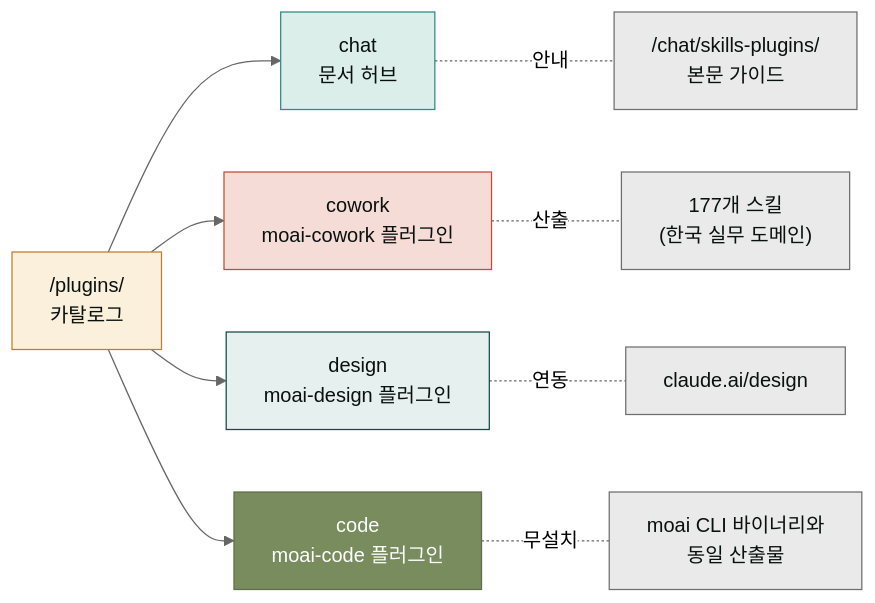
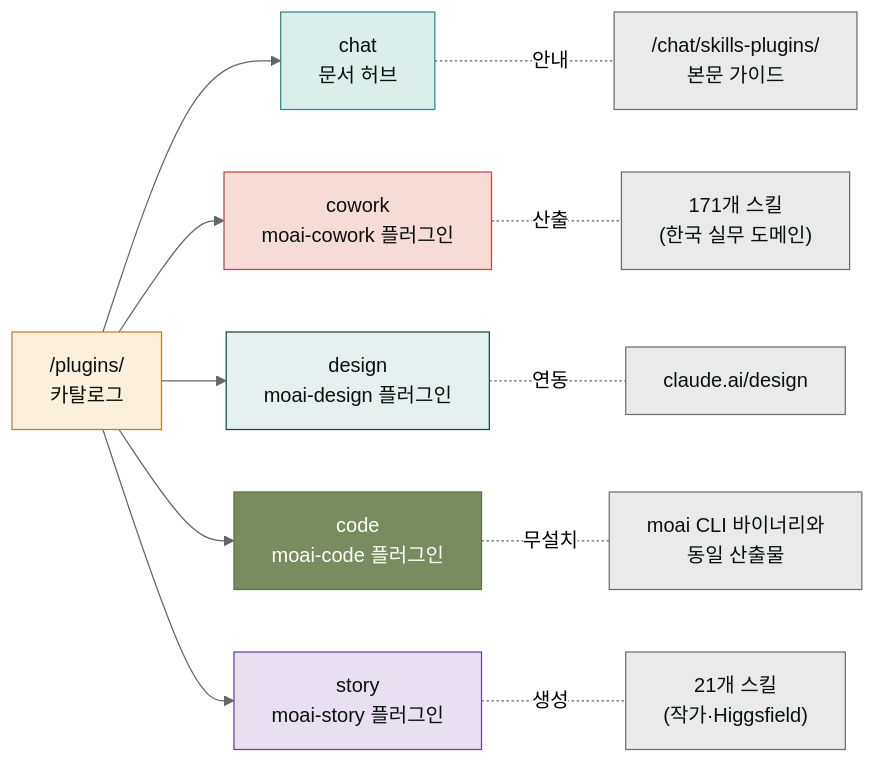
Before and after one commit to modu-ai/claude: the diagram in www/content/plugins/_index.md, drawn with Mermaid (neutral theme). The commit also changed other lines of this file and 4 other files, not shown here.

First line of the commit message:
docs(SPEC-MOC-PLUGIN-STORY-001): M6 www docs — family v4 + migration + Higgsfield

````diff
--- a/www/content/plugins/_index.md
+++ b/www/content/plugins/_index.md
@@ -17,22 +17,26 @@
 ```mermaid
 flowchart LR
     Root["/plugins/<br/>카탈로그"] --> Chat["chat<br/>문서 허브"]
     Root --> Cowork["cowork<br/>moai-cowork 플러그인"]
     Root --> Design["design<br/>moai-design 플러그인"]
     Root --> Code["code<br/>moai-code 플러그인"]
+    Root --> Story["story<br/>moai-story 플러그인"]
 
     Chat -. 안내 .- ChatFull["/chat/skills-plugins/<br/>본문 가이드"]
-    Cowork -. 산출 .- CoworkSkills["177개 스킬<br/>(한국 실무 도메인)"]
+    Cowork -. 산출 .- CoworkSkills["171개 스킬<br/>(한국 실무 도메인)"]
+    Story -. 생성 .- StorySkills["21개 스킬<br/>(작가·Higgsfield)"]
     Design -. 연동 .- ClaudeDesign["claude.ai/design"]
     Code -. 무설치 .- SameAs["moai CLI 바이너리와<br/>동일 산출물"]
 
     style Root fill:#fbf0dc,stroke:#c47b2a,color:#09110f
     style Chat fill:#dceee9,stroke:#2a8a8c,color:#09110f
     style Cowork fill:#f5dcd7,stroke:#c44a3a,color:#09110f
     style Design fill:#e6f0ef,stroke:#144a46,color:#09110f
     style Code fill:#788C5D,stroke:#5F6F4A,color:#FFFFFF
+    style Story fill:#e8e0f0,stroke:#6b3fa0,color:#09110f
     style ChatFull fill:#eaeaea,stroke:#6e6e6e,color:#09110f
     style CoworkSkills fill:#eaeaea,stroke:#6e6e6e,color:#09110f
     style ClaudeDesign fill:#eaeaea,stroke:#6e6e6e,color:#09110f
     style SameAs fill:#eaeaea,stroke:#6e6e6e,color:#09110f
+    style StorySkills fill:#eaeaea,stroke:#6e6e6e,color:#09110f
 ```
````
